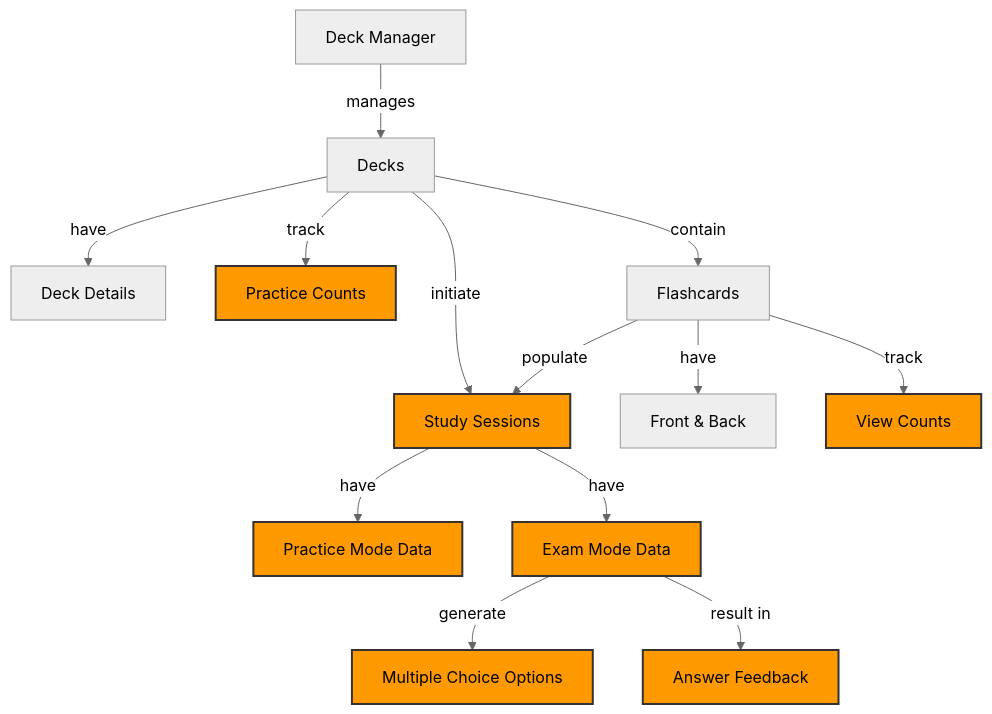
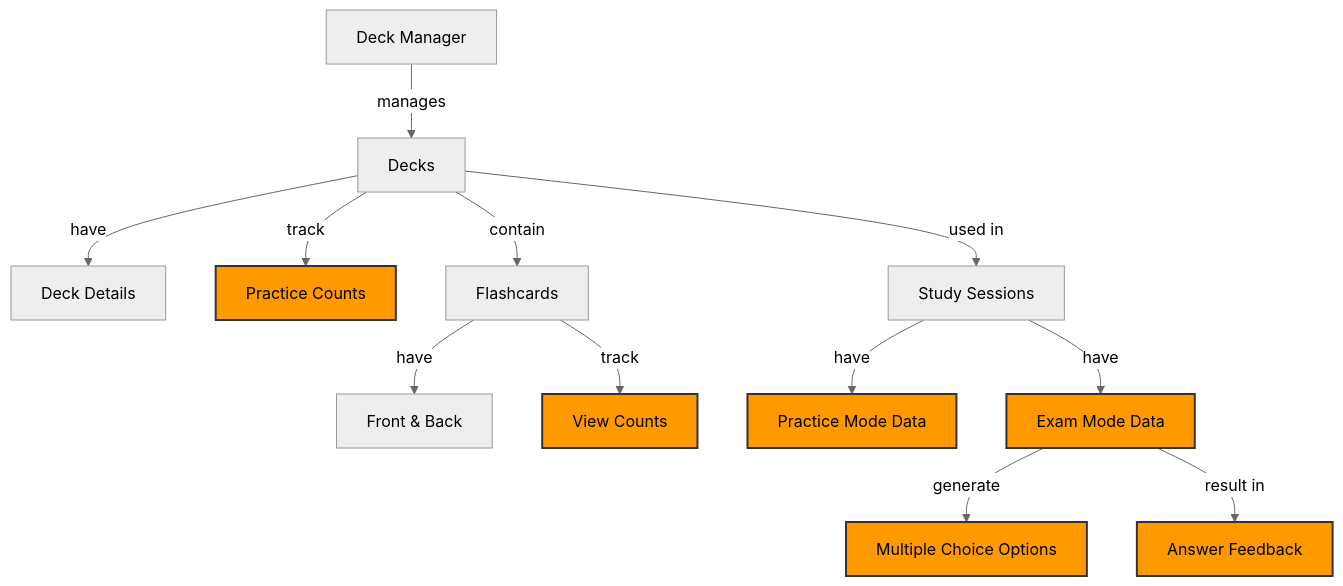
Before and after one commit to sourander/ankea: the seventh of 7 diagrams in docs/project_plan.md, drawn with Mermaid (neutral theme). The commit also changed other lines of this file and 3 other files, not shown here.

````diff
--- a/docs/project_plan.md
+++ b/docs/project_plan.md
@@ -214,26 +202,23 @@
 ```mermaid
 flowchart TD
     classDef extension fill:#ff9900,stroke:#333,stroke-width:2px,color:black;
 
     DeckManager[Deck Manager]
     
     DeckManager -- manages --> Decks[Decks]
     
     Decks -- have --> DeckDetails[Deck Details]
     Decks -- track --> DeckStats[Practice Counts]:::extension
     
     Decks -- contain --> Flashcards[Flashcards]
-    Decks -- initiate --> Sessions[Study Sessions]:::extension
+    Decks -- used in --> Sessions[Study Sessions]
     
     Flashcards -- have --> CardContent[Front & Back]
     Flashcards -- track --> CardStats[View Counts]:::extension
-    
-    %% Cross-link showing how cards feed into the sessions
-    Flashcards -- populate --> Sessions
     
     Sessions -- have --> PracMode[Practice Mode Data]:::extension
     Sessions -- have --> ExamMode[Exam Mode Data]:::extension
     
     ExamMode -- generate --> Choices[Multiple Choice Options]:::extension
     ExamMode -- result in --> Feedback[Answer Feedback]:::extension
 ```
````
